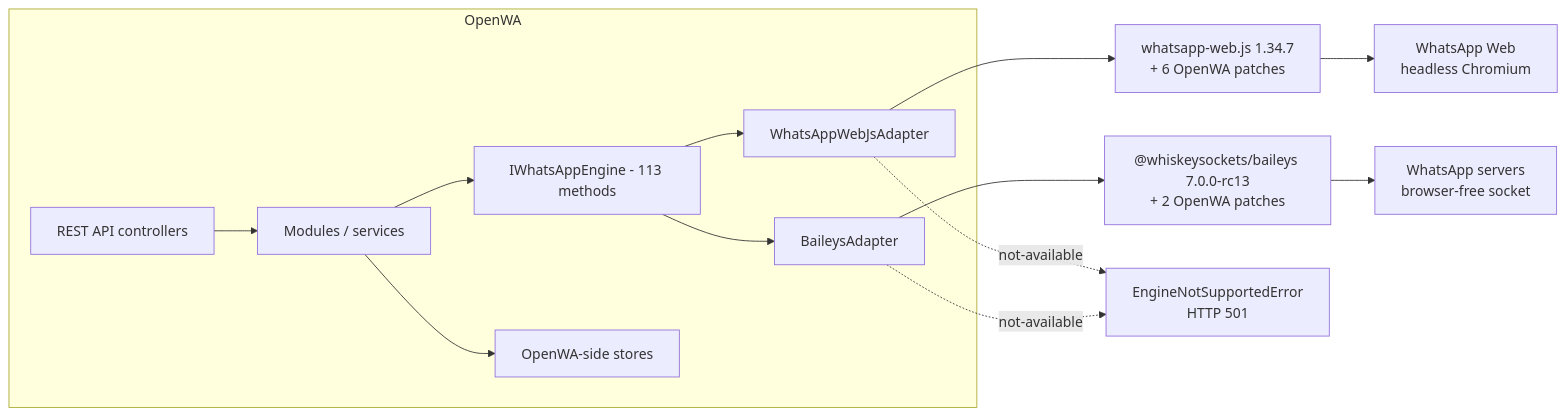
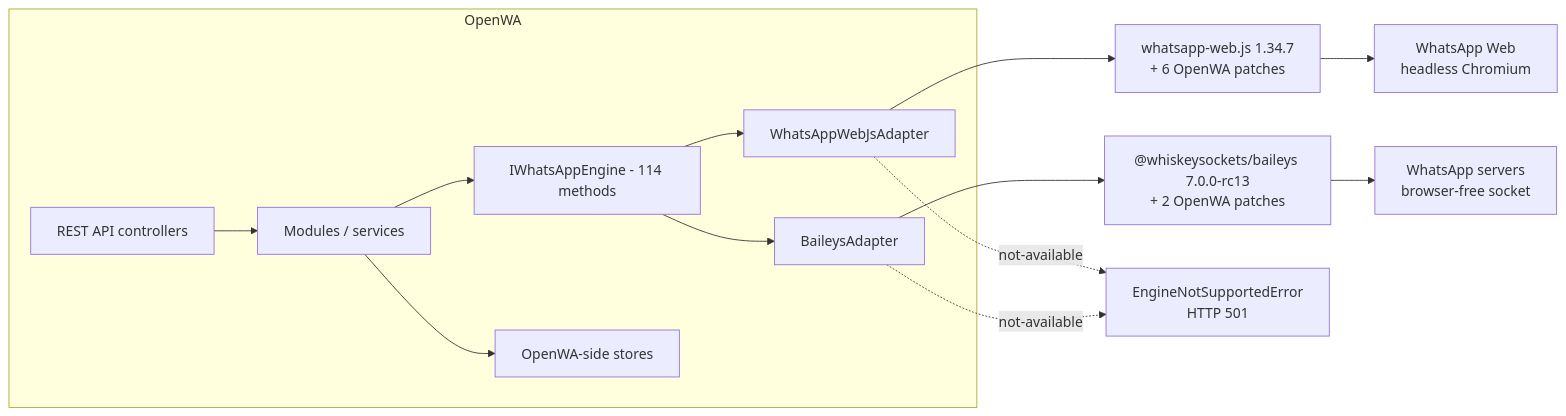
Before and after one commit to purnamcommunity/OpenWA: the first of 2 diagrams in docs/29-engine-capability-matrix.md, drawn with Mermaid. The commit also changed other lines of this file and 23 other files, not shown here.

````diff
--- a/docs/29-engine-capability-matrix.md
+++ b/docs/29-engine-capability-matrix.md
@@ -43,16 +43,16 @@
 ```mermaid
 flowchart LR
     subgraph OpenWA["OpenWA"]
         API["REST API controllers"] --> SVC["Modules / services"]
-        SVC --> IF["IWhatsAppEngine - 113 methods"]
+        SVC --> IF["IWhatsAppEngine - 114 methods"]
         IF --> WA["WhatsAppWebJsAdapter"]
         IF --> BA["BaileysAdapter"]
         SVC --> STORE["OpenWA-side stores"]
     end
     WA --> WLIB["whatsapp-web.js 1.34.7<br/>+ 6 OpenWA patches"]
     BA --> BLIB["@whiskeysockets/baileys 7.0.0-rc13<br/>+ 2 OpenWA patches"]
     WLIB --> WEB["WhatsApp Web<br/>headless Chromium"]
     BLIB --> WAS["WhatsApp servers<br/>browser-free socket"]
     WA -.->|"not-available"| E["EngineNotSupportedError<br/>HTTP 501"]
     BA -.->|"not-available"| E
 ```
````
